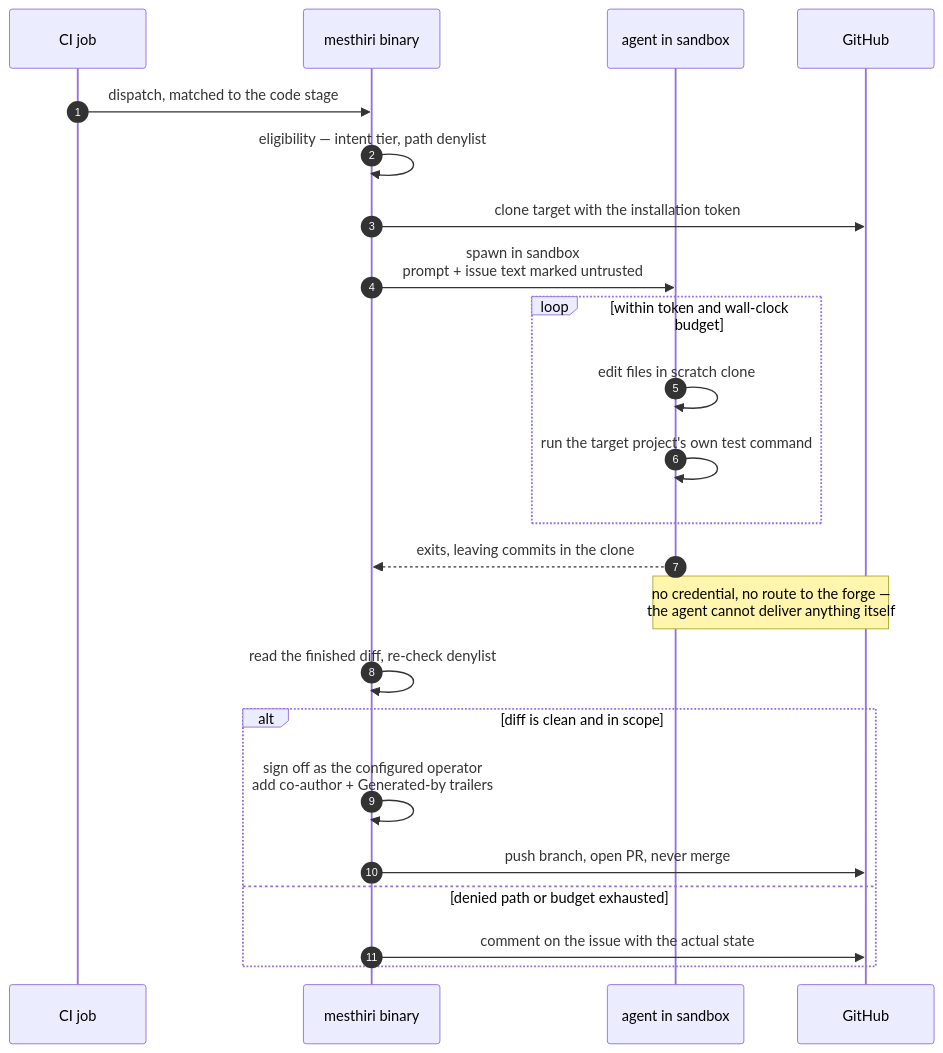
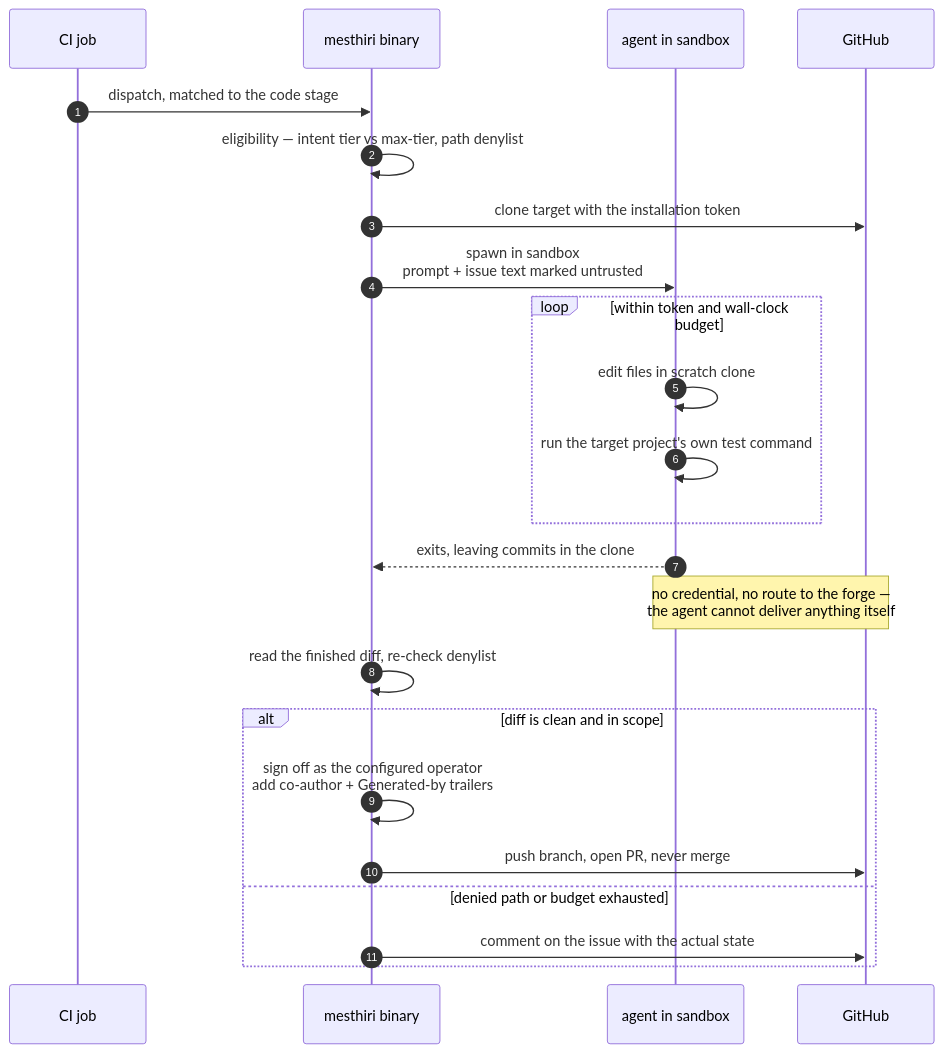
Before and after one commit to mesthiri/mesthiri: the fourth of 7 diagrams in docs/architecture.md, drawn with Mermaid. The commit also changed other lines of this file, not shown here.

````diff
--- a/docs/architecture.md
+++ b/docs/architecture.md
@@ -132,26 +147,26 @@
 ```mermaid
 sequenceDiagram
   autonumber
   participant W as CI job
   participant S as mesthiri binary
   participant A as agent in sandbox
   participant G as GitHub
 
   W->>S: dispatch, matched to the code stage
-  S->>S: eligibility — intent tier, path denylist
+  S->>S: eligibility — intent tier vs max-tier, path denylist
   S->>G: clone target with the installation token
   S->>A: spawn in sandbox<br/>prompt + issue text marked untrusted
   loop within token and wall-clock budget
     A->>A: edit files in scratch clone
     A->>A: run the target project's own test command
   end
   A-->>S: exits, leaving commits in the clone
   Note over A,G: no credential, no route to the forge —<br/>the agent cannot deliver anything itself
   S->>S: read the finished diff, re-check denylist
   alt diff is clean and in scope
     S->>S: sign off as the configured operator<br/>add co-author + Generated-by trailers
     S->>G: push branch, open PR, never merge
   else denied path or budget exhausted
     S->>G: comment on the issue with the actual state
   end
 ```
````
